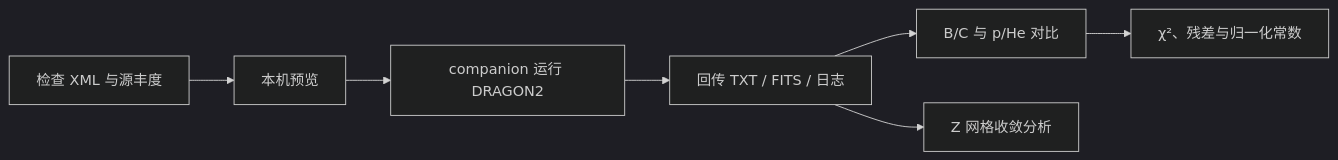
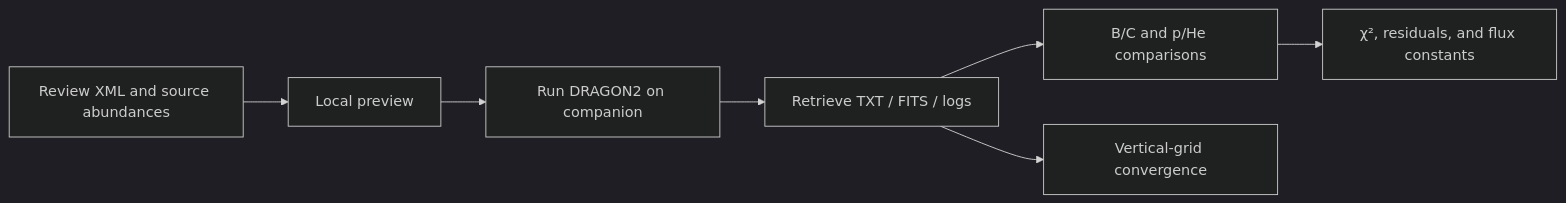
One commit to ljiayi6657/dragon_project changed the diagram in README.md. Above: the diagram before and after it, drawn with Mermaid (dark theme). The commit also changed other lines of this file and 1 other file, not shown here.

````diff
--- a/README.md
+++ b/README.md
@@ -9,9 +11,9 @@
 ```mermaid
 flowchart LR
-    A[检查 XML 与源丰度] --> B[本机预览]
-    B --> C[companion 运行 DRAGON2]
-    C --> D[回传 TXT / FITS / 日志]
-    D --> E[B/C 与 p/He 对比]
-    D --> F[Z 网格收敛分析]
-    E --> G[χ²、残差与归一化常数]
+    A[Review XML and source abundances] --> B[Local preview]
+    B --> C[Run DRAGON2 on companion]
+    C --> D[Retrieve TXT / FITS / logs]
+    D --> E[B/C and p/He comparisons]
+    D --> F[Vertical-grid convergence]
+    E --> G[χ², residuals, and flux constants]
 ```
````
